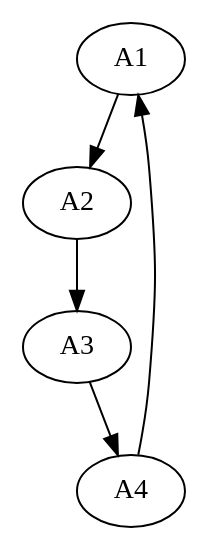
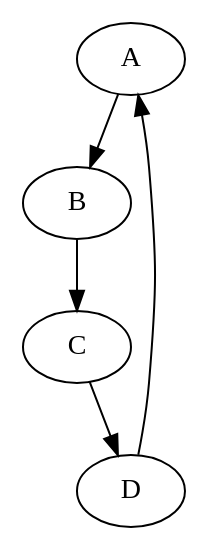
Before and after one commit to samidaree/Moteur-de-resolution-de-debat: the diagram in graph.dot, drawn with Graphviz. The commit also changed 14 other files, not shown here.

```diff
--- a/graph.dot
+++ b/graph.dot
@@ -1,7 +1,7 @@
 digraph debat {
-A1->A2;
-A2->A3;
-A3->A4;
-A4->A1;
+A->B;
+B->C;
+C->D;
+D->A;
 
 }
```
